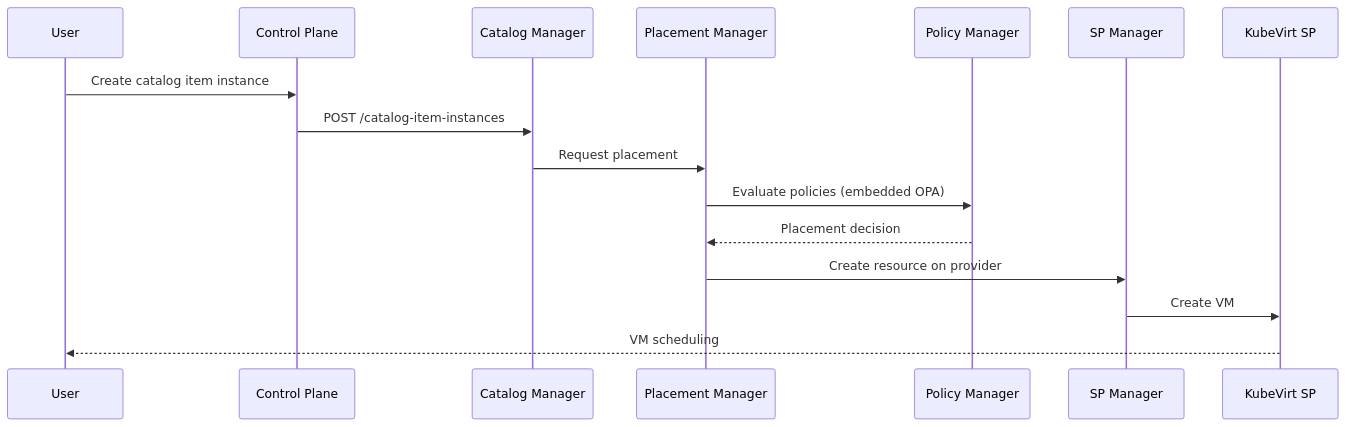
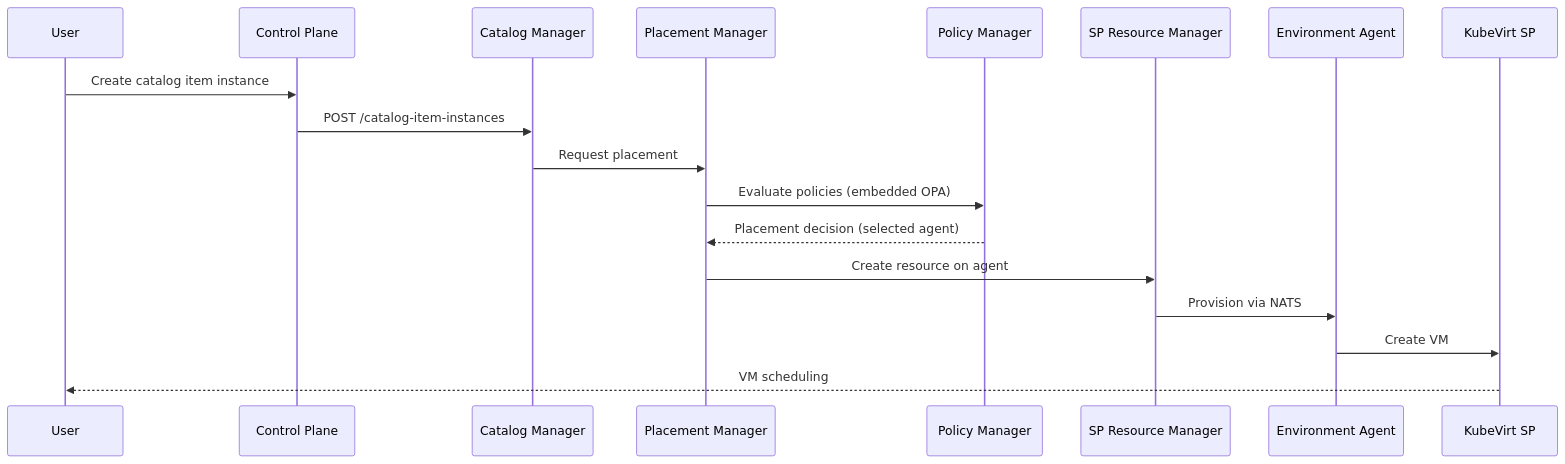
The second of 2 diagrams in content/docs/getting-started/architecture.md (dcm-project/dcm-project.github.io), drawn with Mermaid before and after one commit. The commit also changed other lines of this file, not shown here.

Commit message:
Update architecture for environment-agent model

````diff
--- a/content/docs/getting-started/architecture.md
+++ b/content/docs/getting-started/architecture.md
@@ -69,19 +72,21 @@
 ```mermaid
 sequenceDiagram
     participant User
     participant CP as Control Plane
     participant CM as Catalog Manager
     participant PLM as Placement Manager
     participant PM as Policy Manager
-    participant SPM as SP Manager
+    participant RM as SP Resource Manager
+    participant EA as Environment Agent
     participant SP as KubeVirt SP
 
     User->>CP: Create catalog item instance
     CP->>CM: POST /catalog-item-instances
     CM->>PLM: Request placement
     PLM->>PM: Evaluate policies (embedded OPA)
-    PM-->>PLM: Placement decision
-    PLM->>SPM: Create resource on provider
-    SPM->>SP: Create VM
+    PM-->>PLM: Placement decision (selected agent)
+    PLM->>RM: Create resource on agent
+    RM->>EA: Provision via NATS
+    EA->>SP: Create VM
     SP-->>User: VM scheduling
 ```
````
